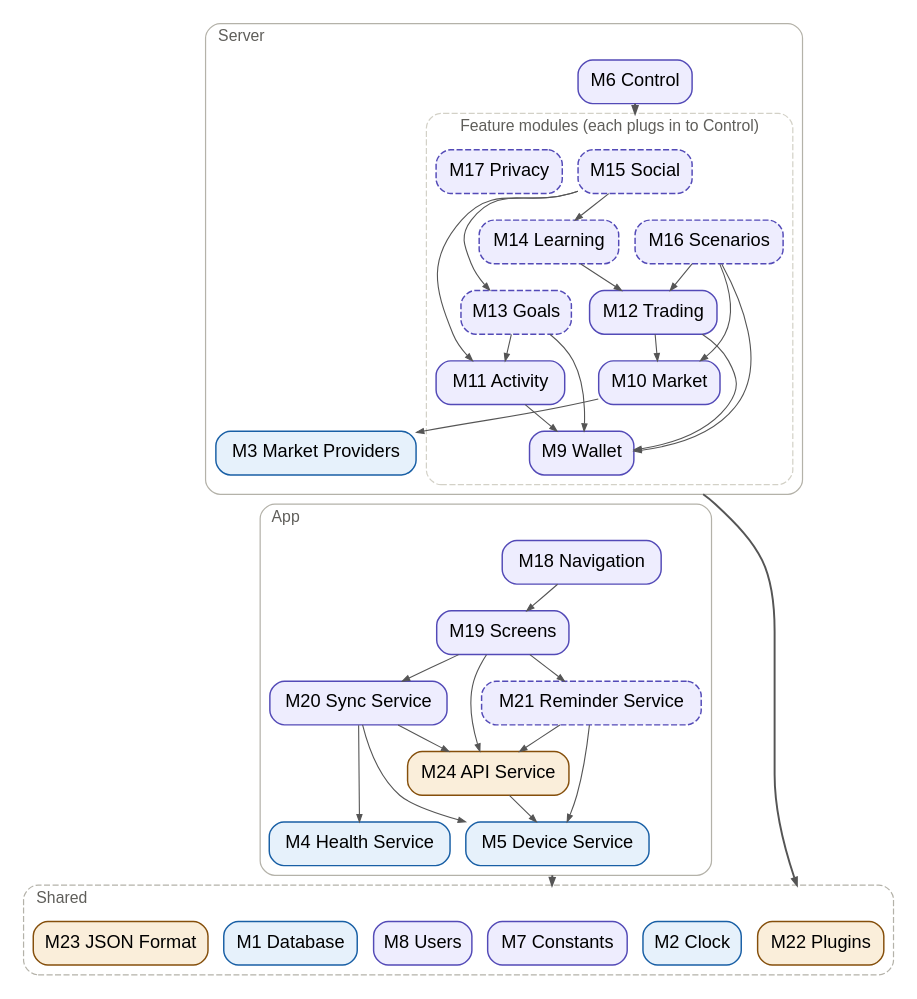
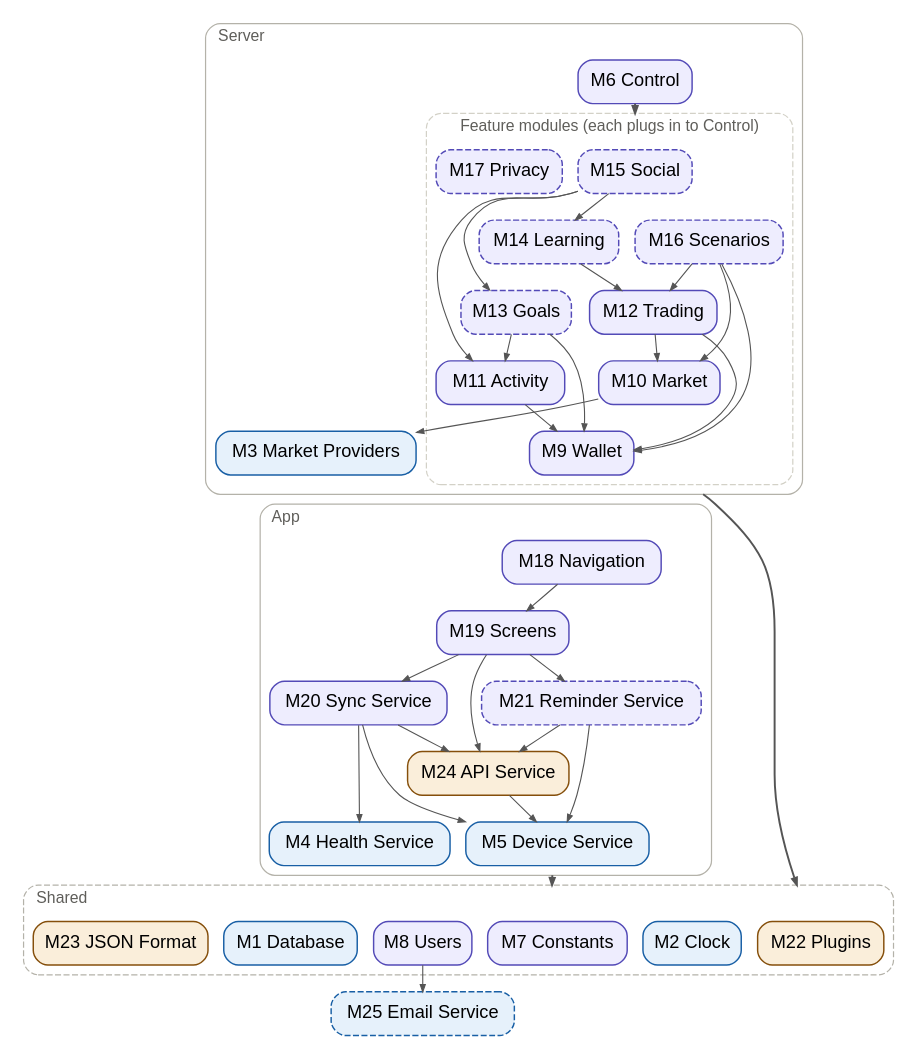
One commit to davislenover/BurnNEarn changed the diagram in docs/Design/SoftArchitecture/figures/uses-hierarchy.dot. Above: the diagram before and after it, drawn with Graphviz. The commit also changed 2 other files, not shown here.

Commit message:
MG: give every module a rationale, and add Email Service (M25) (#234)

```diff
--- a/docs/Design/SoftArchitecture/figures/uses-hierarchy.dot
+++ b/docs/Design/SoftArchitecture/figures/uses-hierarchy.dot
@@ -1,95 +1,100 @@
 // MG uses hierarchy: an arrow from A to B means module A uses module B.
 // An arrow into a group stands for uses of the modules in it. Every server
 // module with routes uses M8 Users, so Users is in the shared group. The MG's
 // table lists every single use.
 // Render with: dot -Tpdf uses-hierarchy.dot -o uses-hierarchy.pdf
 digraph uses {
   graph [rankdir=TB, compound=true, newrank=true, nodesep=0.18, ranksep=0.3,
          fontname="Helvetica", fontsize=13, labeljust=l];
   node  [shape=box, style="rounded,filled", fontname="Helvetica",
          fontsize=15, penwidth=1.2, margin="0.08,0.04"];
   edge  [color="#555555", arrowsize=0.6, penwidth=0.9];
 
   subgraph cluster_server {
     label="Server"; color="#B4B2A9"; style="rounded"; fontcolor="#5F5E5A";
     node [fillcolor="#EEEDFE", color="#534AB7"];
     M6 [label="M6 Control"];
 
     subgraph cluster_features {
       label="Feature modules (each plugs in to Control)"; color="#D3D1C7";
       style="rounded,dashed"; fontcolor="#5F5E5A";
       node [fillcolor="#EEEDFE", color="#534AB7"];
       M15 [label="M15 Social", style="rounded,filled,dashed"];
       M16 [label="M16 Scenarios", style="rounded,filled,dashed"];
       M17 [label="M17 Privacy", style="rounded,filled,dashed"];
       M14 [label="M14 Learning", style="rounded,filled,dashed"];
       M13 [label="M13 Goals", style="rounded,filled,dashed"];
       M12 [label="M12 Trading"];
       M11 [label="M11 Activity"];
       M10 [label="M10 Market"];
       M9  [label="M9 Wallet"];
     }
     node [fillcolor="#E6F1FB", color="#185FA5"];
     M3 [label="M3 Market Providers"];
   }
 
   subgraph cluster_app {
     label="App"; color="#B4B2A9"; style="rounded"; fontcolor="#5F5E5A";
     node [fillcolor="#EEEDFE", color="#534AB7"];
     M18 [label="M18 Navigation"];
     M19 [label="M19 Screens"];
     M20 [label="M20 Sync Service"];
     M21 [label="M21 Reminder Service", style="rounded,filled,dashed"];
     node [fillcolor="#FAEEDA", color="#854F0B"];
     M24 [label="M24 API Service"];
     node [fillcolor="#E6F1FB", color="#185FA5"];
     M4 [label="M4 Health Service"];
     M5 [label="M5 Device Service"];
   }
 
   subgraph cluster_shared {
     label="Shared"; color="#B4B2A9"; style="rounded,dashed"; fontcolor="#5F5E5A";
     node [fillcolor="#E6F1FB", color="#185FA5"];
     M1 [label="M1 Database"];
     M2 [label="M2 Clock"];
     node [fillcolor="#EEEDFE", color="#534AB7"];
     M7 [label="M7 Constants"];
     M8 [label="M8 Users"];
     node [fillcolor="#FAEEDA", color="#854F0B"];
     M22 [label="M22 Plugins"];
     M23 [label="M23 JSON Format"];
   }
 
   // Control uses every feature module's plug-in
   M6 -> M15 [lhead=cluster_features, penwidth=1.6];
 
   // Uses between feature modules
   M15 -> {M13 M14 M11};        // Social never uses Wallet or Trading
   M16 -> {M12 M10 M9};
     M14 -> M12;
   M13 -> {M11 M9};
   M12 -> {M10 M9};
   M11 -> M9;
   M10 -> M3;
+  // Users sends password reset links. Email Service sits below the shared
+  // row, outside every group, since only Users uses it.
+  M25 [label="M25 Email Service", style="rounded,filled,dashed",
+       fillcolor="#E6F1FB", color="#185FA5"];
+  M8 -> M25;
   
   // App
   M18 -> M19;
   M19 -> {M20 M21 M24};
   M20 -> {M4 M5 M24};
   M21 -> {M5 M24};
   M24 -> M5;
 
   // Into the shared modules
   M9 -> M22 [ltail=cluster_server, lhead=cluster_shared, penwidth=1.6];
   M5 -> M7  [ltail=cluster_app, lhead=cluster_shared, penwidth=1.6];
 
   // Layout only: the app sits below the server, and the shared modules on
   // the bottom row, so the figure is narrow enough to read on a page.
   {rank=same; M1; M2; M7; M8; M22; M23}
   M9 -> M18 [style=invis, weight=10];
   M6 -> M17 [style=invis];
   M6 -> M16 [style=invis];
   M3 -> M18 [style=invis];
   M4 -> M1 [style=invis];
   M5 -> M7 [style=invis];
 }
```
